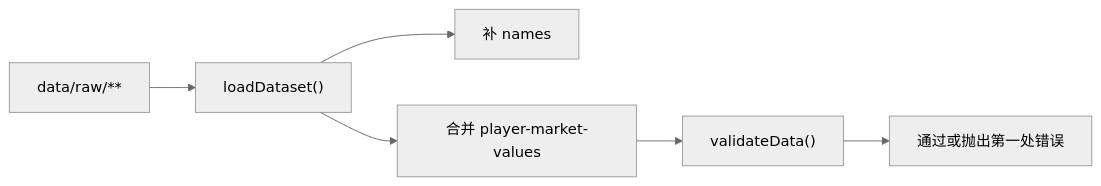
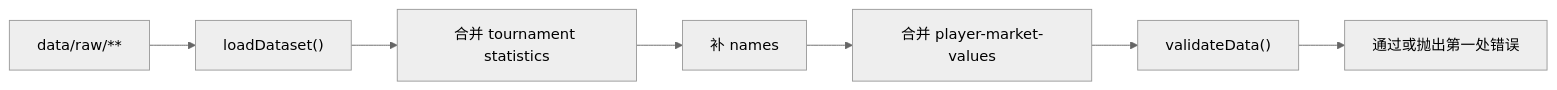
The diagram in docs/validation.md (pacoxu/football-research-sandbox), drawn with Mermaid (neutral theme) before and after one commit. The commit also changed other lines of this file and 30 other files, not shown here.

````diff
--- a/docs/validation.md
+++ b/docs/validation.md
@@ -19,8 +19,9 @@
 ```mermaid
 flowchart LR
   Raw["data/raw/**"] --> Loader["loadDataset()"]
-  Loader --> Names["补 names"]
-  Loader --> Market["合并 player-market-values"]
+  Loader --> TournamentStats["合并 tournament statistics"]
+  TournamentStats --> Names["补 names"]
+  Names --> Market["合并 player-market-values"]
   Market --> Validate["validateData()"]
   Validate --> Result["通过或抛出第一处错误"]
 ```
````
